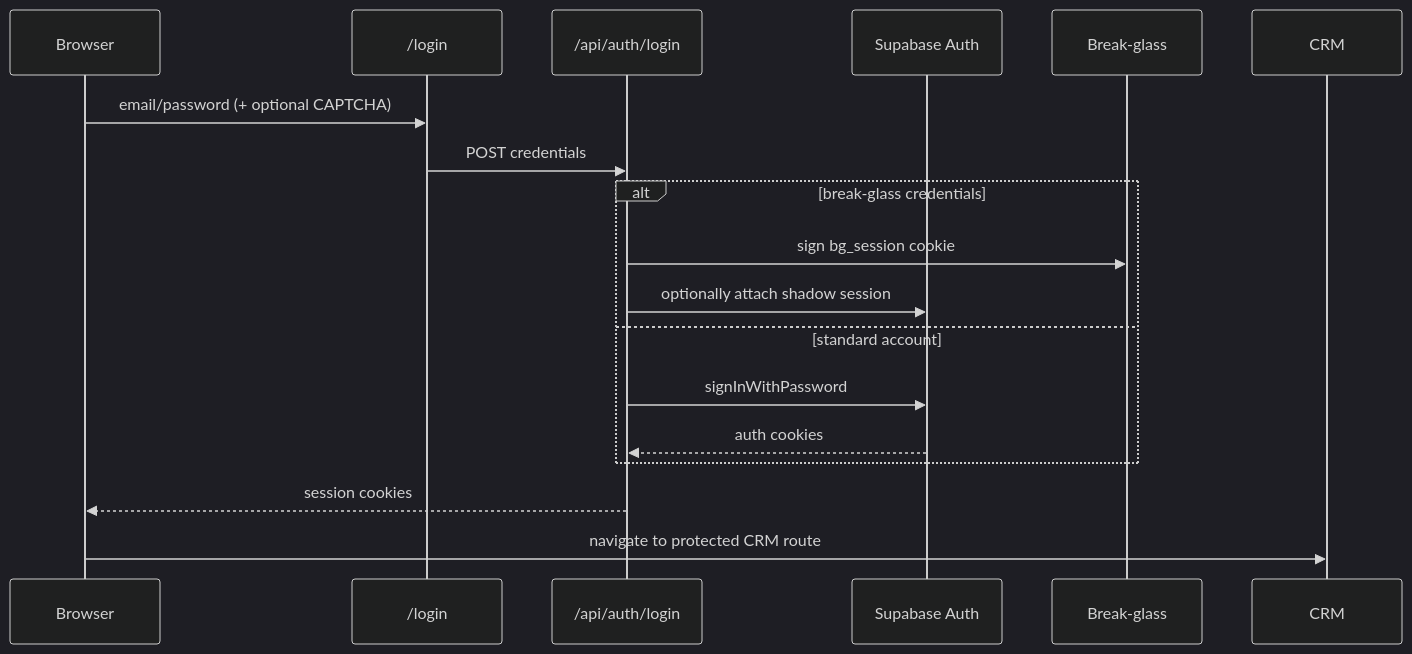
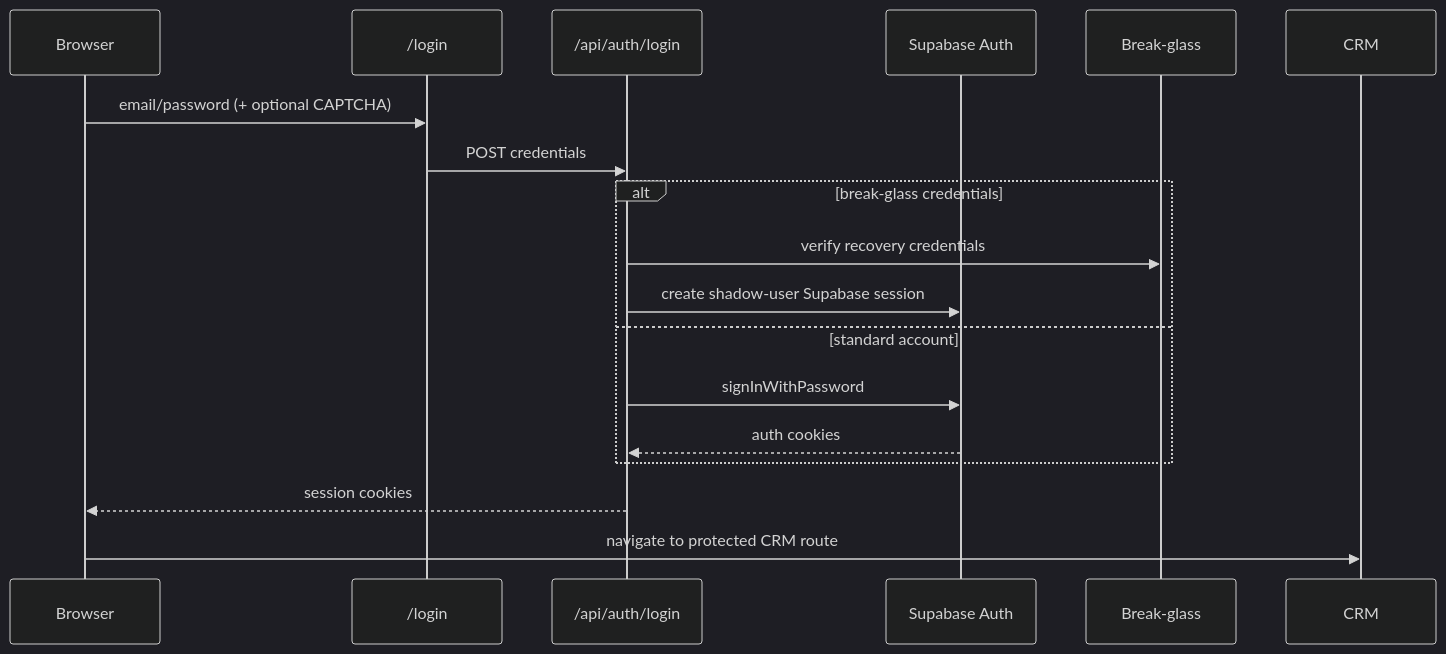
Before and after one commit to ThanhBinhAG/TheAntAdventure: the fifth of 12 diagrams in docs/GRAPHRAG-MEMORY.md, drawn with Mermaid (dark theme). The commit also changed other lines of this file and 69 other files, not shown here.

First line of the commit message:
refactor: transition to Supabase session management and enhance authentication flows

````diff
--- a/docs/GRAPHRAG-MEMORY.md
+++ b/docs/GRAPHRAG-MEMORY.md
@@ -209,19 +209,19 @@
 ```mermaid
 sequenceDiagram
   participant B as Browser
   participant L as /login
   participant A as /api/auth/login
   participant SA as Supabase Auth
   participant BG as Break-glass
   B->>L: email/password (+ optional CAPTCHA)
   L->>A: POST credentials
   alt break-glass credentials
-    A->>BG: sign bg_session cookie
-    A->>SA: optionally attach shadow session
+    A->>BG: verify recovery credentials
+    A->>SA: create shadow-user Supabase session
   else standard account
     A->>SA: signInWithPassword
     SA-->>A: auth cookies
   end
   A-->>B: session cookies
   B->>CRM: navigate to protected CRM route
 ```
````
